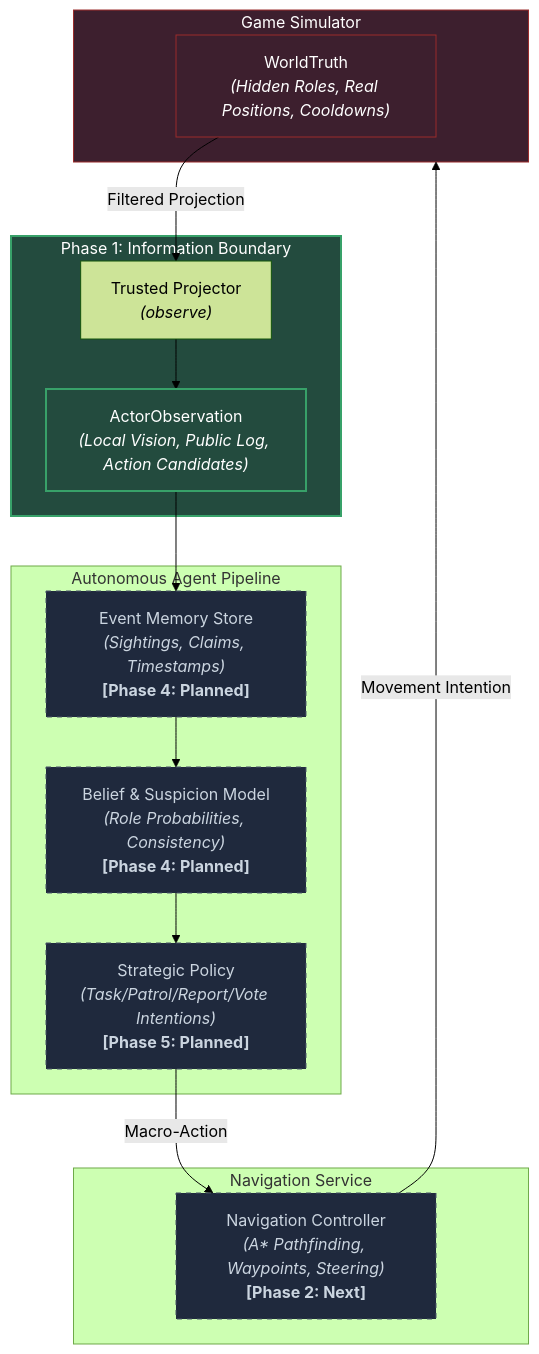
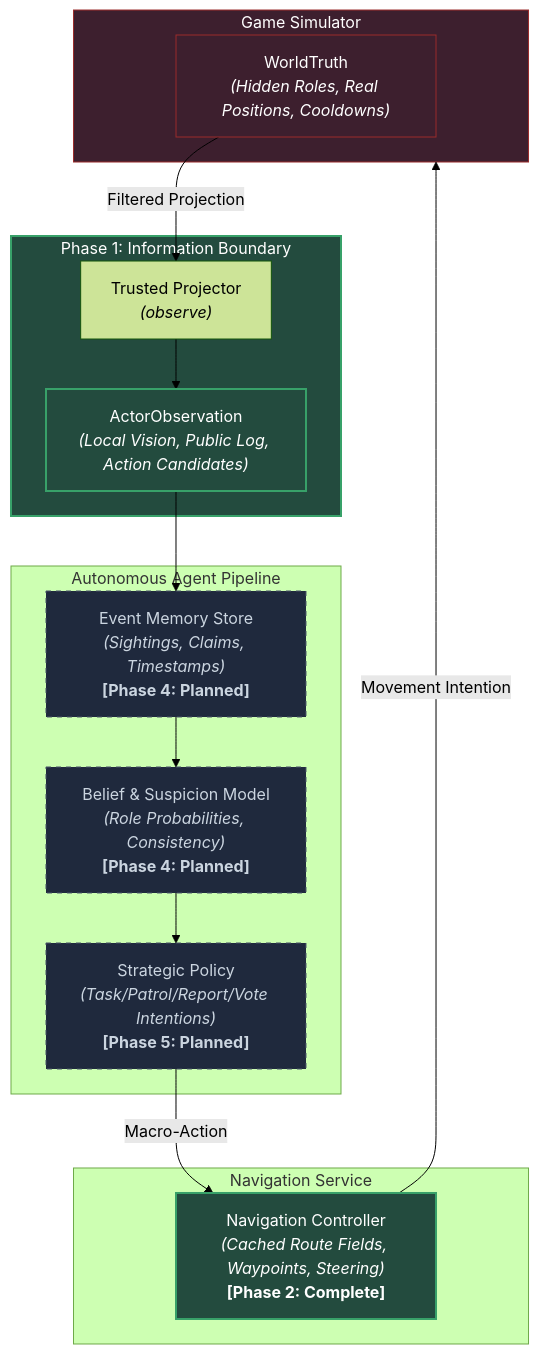
The diagram in README.md (Hadisovic/social-deduction-ai), drawn with Mermaid (forest theme) before and after one commit. The commit also changed other lines of this file and 13 other files, not shown here.

````diff
--- a/README.md
+++ b/README.md
@@ -55,37 +55,37 @@
 ```mermaid
 flowchart TD
     subgraph Sim [Game Simulator]
         WT["WorldTruth<br/><i>(Hidden Roles, Real Positions, Cooldowns)</i>"]
     end
 
     subgraph Boundary [Phase 1: Information Boundary]
         PROJ["Trusted Projector<br/><i>(observe)</i>"]
         AO["ActorObservation<br/><i>(Local Vision, Public Log, Action Candidates)</i>"]
     end
 
     subgraph Agent [Autonomous Agent Pipeline]
         MEM["Event Memory Store<br/><i>(Sightings, Claims, Timestamps)</i><br/><b>[Phase 4: Planned]</b>"]
         BELIEF["Belief & Suspicion Model<br/><i>(Role Probabilities, Consistency)</i><br/><b>[Phase 4: Planned]</b>"]
         POL["Strategic Policy<br/><i>(Task/Patrol/Report/Vote Intentions)</i><br/><b>[Phase 5: Planned]</b>"]
     end
 
     subgraph Service [Navigation Service]
-        NAV["Navigation Controller<br/><i>(A* Pathfinding, Waypoints, Steering)</i><br/><b>[Phase 2: Next]</b>"]
+        NAV["Navigation Controller<br/><i>(Cached Route Fields, Waypoints, Steering)</i><br/><b>[Phase 2: Complete]</b>"]
     end
 
     WT -->|Filtered Projection| PROJ
     PROJ --> AO
     AO --> MEM
     MEM --> BELIEF
     BELIEF --> POL
     POL -->|Macro-Action| NAV
     NAV -->|Movement Intention| Sim
 
     classDef built fill:#234b3e,stroke:#38a169,stroke-width:2px,color:#fff;
     classDef planned fill:#1f293d,stroke:#4a5568,stroke-width:1px,stroke-dasharray: 5 5,color:#cbd5e0;
     classDef sim fill:#3d1f2e,stroke:#9b2c2c,stroke-width:1px,color:#fff;
 
-    class Boundary,AO built;
-    class MEM,BELIEF,POL,NAV planned;
+    class Boundary,AO,NAV built;
+    class MEM,BELIEF,POL planned;
     class Sim,WT sim;
 ```
````
